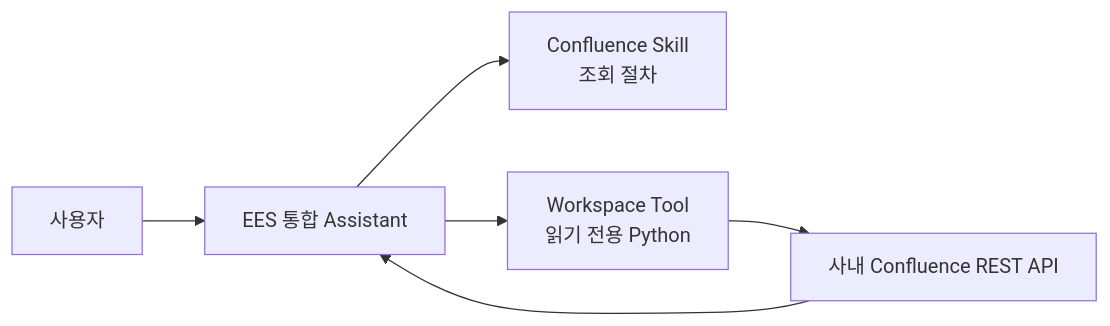
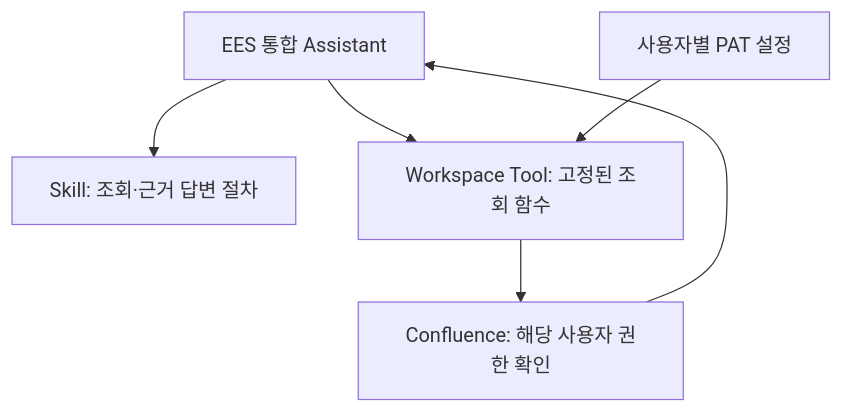
The diagram in docs/04-confluence-read-tool.md (knadalkim-a11y/team-agent-poc), drawn with Mermaid before and after one commit. The commit also changed other lines of this file and 7 other files, not shown here.

First line of the commit message:
feat: prepare read-only Confluence skill and per-user tool POC

````diff
--- a/docs/04-confluence-read-tool.md
+++ b/docs/04-confluence-read-tool.md
@@ -13,8 +10,8 @@
 ```mermaid
-flowchart LR
-    User["사용자"] --> Assistant["EES 통합 Assistant"]
-    Assistant --> Skill["Confluence Skill<br/>조회 절차"]
-    Assistant --> Tool["Workspace Tool<br/>읽기 전용 Python"]
-    Tool --> Confluence["사내 Confluence REST API"]
-    Confluence --> Assistant
+flowchart TB
+    A["EES 통합 Assistant"] --> S["Skill: 조회·근거 답변 절차"]
+    A --> T["Workspace Tool: 고정된 조회 함수"]
+    U["사용자별 PAT 설정"] --> T
+    T --> C["Confluence: 해당 사용자 권한 확인"]
+    C --> A
 ```
````
